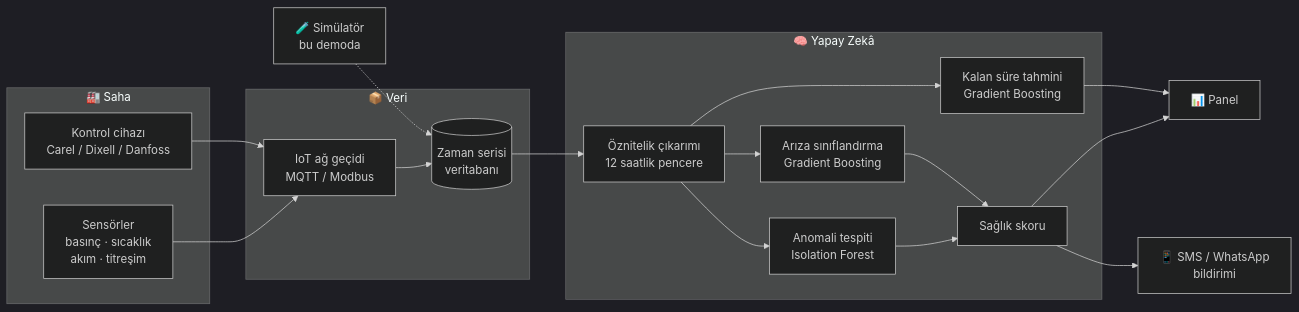
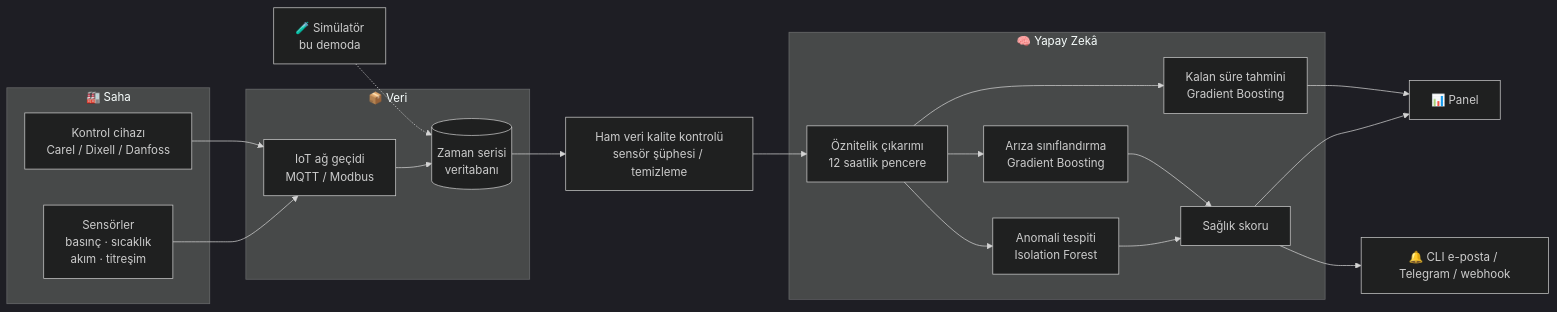
One commit to mirzayildiran/sogutma-ariza-tahmini changed the diagram in README.md. Above: the diagram before and after it, drawn with Mermaid (dark theme). The commit also changed other lines of this file and 22 other files, not shown here.

````diff
--- a/README.md
+++ b/README.md
@@ -118,30 +122,31 @@
 ```mermaid
 flowchart LR
     subgraph Saha["🏭 Saha"]
         S[Sensörler<br/>basınç · sıcaklık<br/>akım · titreşim]
         K[Kontrol cihazı<br/>Carel / Dixell / Danfoss]
     end
     subgraph Veri["📦 Veri"]
         G[IoT ağ geçidi<br/>MQTT / Modbus]
         DB[(Zaman serisi<br/>veritabanı)]
     end
+    Q[Ham veri kalite kontrolü<br/>sensör şüphesi / temizleme]
     subgraph AI["🧠 Yapay Zekâ"]
         F[Öznitelik çıkarımı<br/>12 saatlik pencere]
         A[Anomali tespiti<br/>Isolation Forest]
         C[Arıza sınıflandırma<br/>Gradient Boosting]
         R[Kalan süre tahmini<br/>Gradient Boosting]
         H[Sağlık skoru]
     end
     P[📊 Panel]
-    N[📱 SMS / WhatsApp<br/>bildirimi]
+    N[🔔 CLI e-posta / Telegram / webhook]
 
     S --> G
     K --> G
-    G --> DB --> F
+    G --> DB --> Q --> F
     F --> A & C & R
     A & C --> H
     H & R --> P
     H --> N
 
     SIM[🧪 Simülatör<br/>bu demoda] -.-> DB
 ```
````
